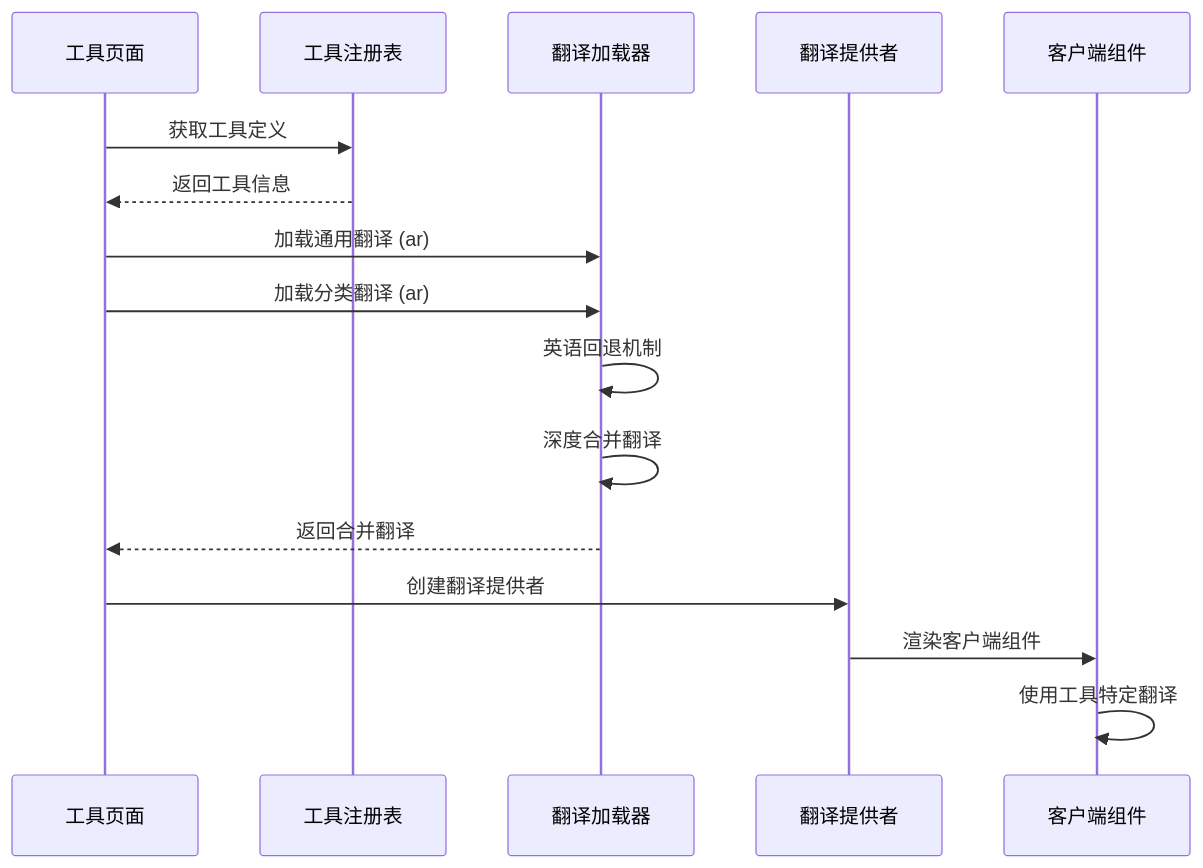
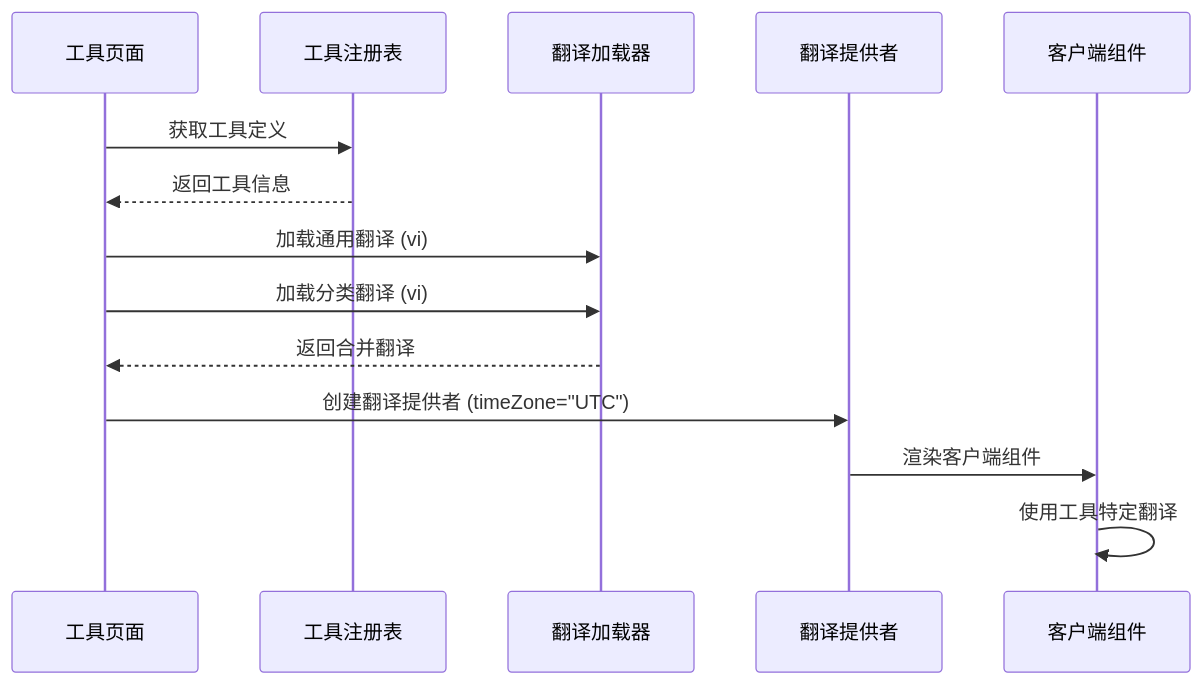
The ninth of 12 diagrams in .qoder/repowiki/zh/content/技术架构/国际化系统.md (sgyy/privadeck), drawn with Mermaid before and after one commit. The commit also changed other lines of this file and 23 other files, not shown here.

````diff
--- a/.qoder/repowiki/zh/content/技术架构/国际化系统.md
+++ b/.qoder/repowiki/zh/content/技术架构/国际化系统.md
@@ -703,18 +494,16 @@
 ```mermaid
 sequenceDiagram
 participant Page as 工具页面
 participant Registry as 工具注册表
 participant Loader as 翻译加载器
 participant Provider as 翻译提供者
 participant Client as 客户端组件
 Page->>Registry : 获取工具定义
 Registry-->>Page : 返回工具信息
-Page->>Loader : 加载通用翻译 (ar)
-Page->>Loader : 加载分类翻译 (ar)
-Loader->>Loader : 英语回退机制
-Loader->>Loader : 深度合并翻译
+Page->>Loader : 加载通用翻译 (vi)
+Page->>Loader : 加载分类翻译 (vi)
 Loader-->>Page : 返回合并翻译
-Page->>Provider : 创建翻译提供者
+Page->>Provider : 创建翻译提供者 (timeZone="UTC")
 Provider->>Client : 渲染客户端组件
 Client->>Client : 使用工具特定翻译
 ```
````
